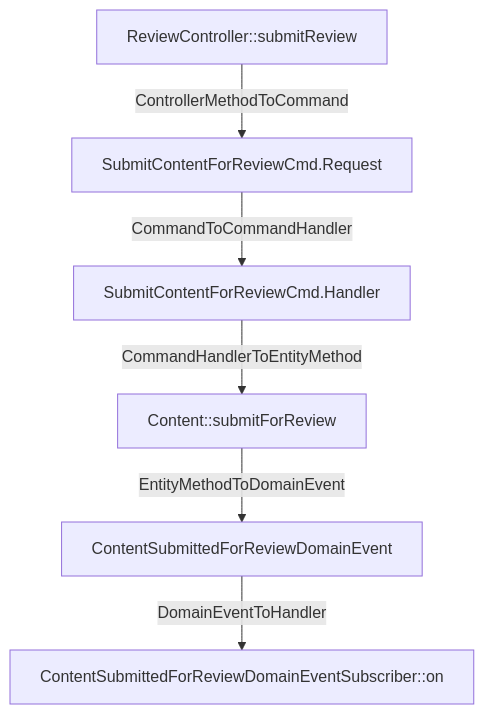
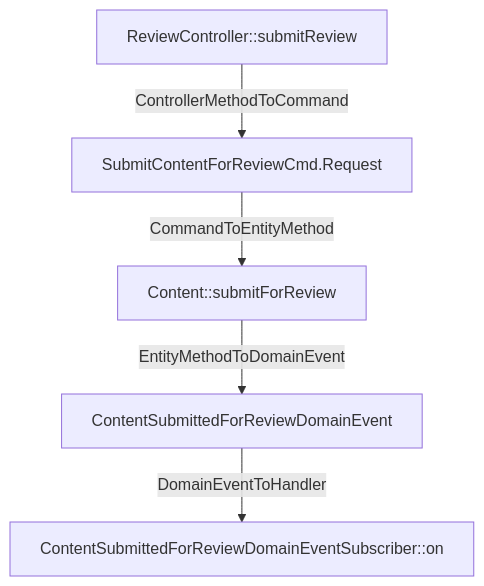
Before and after one commit to LDmoxeii/cap4k-reference-content-studio: the diagram in analysis/flows/com_only4_cap4k_reference_contentstudio_adapter_http_ReviewController_submitRevi.mmd, drawn with Mermaid. The commit also changed 32 other files, not shown here.

Commit message:
chore: regenerate analysis flows

```diff
--- a/analysis/flows/com_only4_cap4k_reference_contentstudio_adapter_http_ReviewController_submitRevi.mmd
+++ b/analysis/flows/com_only4_cap4k_reference_contentstudio_adapter_http_ReviewController_submitRevi.mmd
@@ -1,12 +1,10 @@
 flowchart TD
   N1[ReviewController::submitReview]
-  N2[SubmitContentForReviewCmd.Handler]
-  N3[SubmitContentForReviewCmd.Request]
-  N4[ContentSubmittedForReviewDomainEventSubscriber::on]
-  N5[Content::submitForReview]
-  N6[ContentSubmittedForReviewDomainEvent]
-  N1 -->|ControllerMethodToCommand| N3
-  N2 -->|CommandHandlerToEntityMethod| N5
-  N3 -->|CommandToCommandHandler| N2
-  N5 -->|EntityMethodToDomainEvent| N6
-  N6 -->|DomainEventToHandler| N4
+  N2[SubmitContentForReviewCmd.Request]
+  N3[ContentSubmittedForReviewDomainEventSubscriber::on]
+  N4[Content::submitForReview]
+  N5[ContentSubmittedForReviewDomainEvent]
+  N1 -->|ControllerMethodToCommand| N2
+  N2 -->|CommandToEntityMethod| N4
+  N4 -->|EntityMethodToDomainEvent| N5
+  N5 -->|DomainEventToHandler| N3
```
